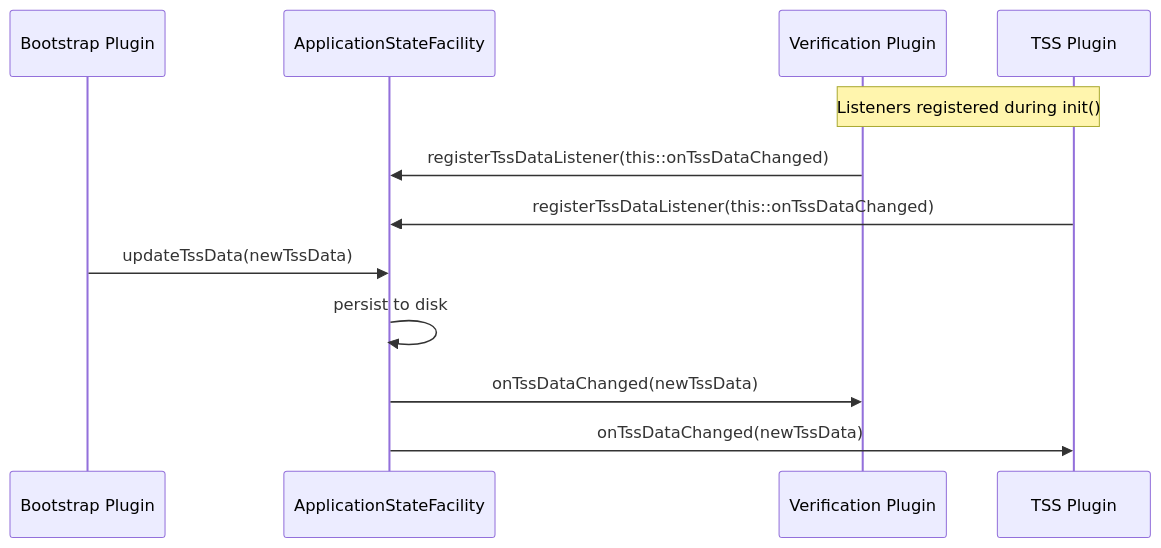
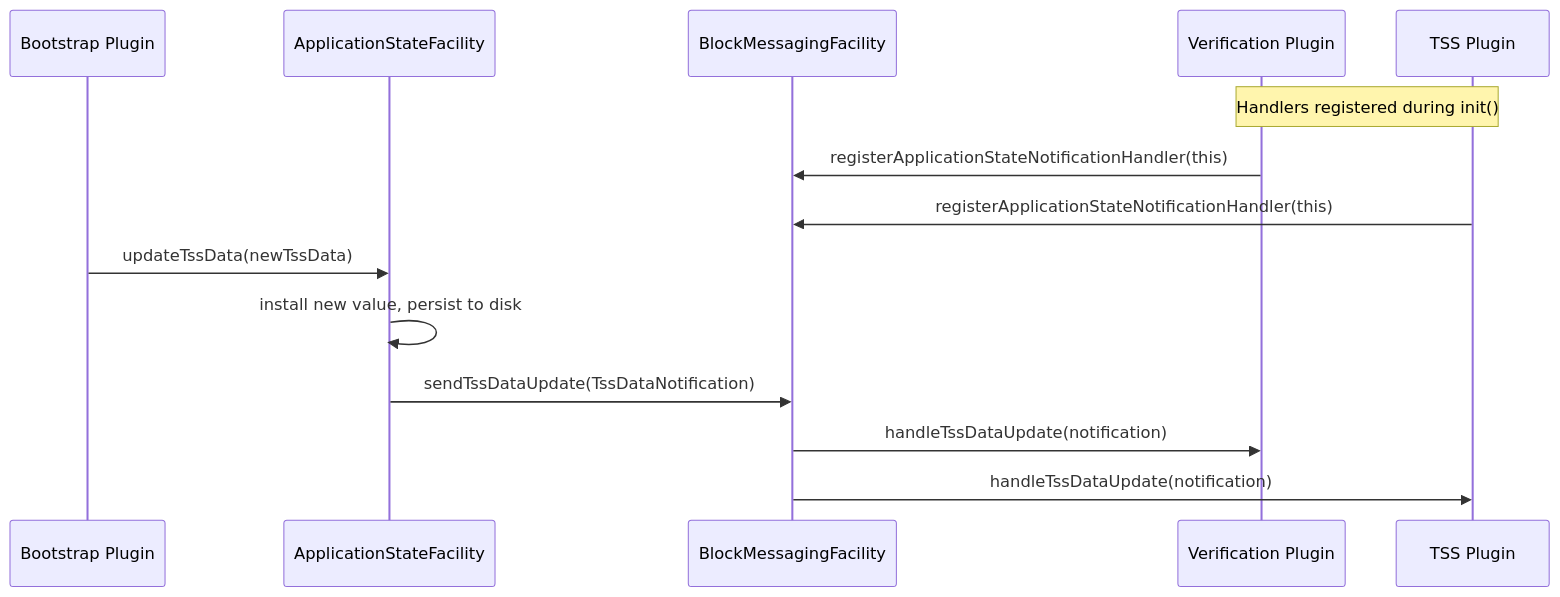
Before and after one commit to hiero-ledger/hiero-docs: the fourth of 4 diagrams in block-node/design/architecture/new-plugin-architecture.md, drawn with Mermaid. The commit also changed other lines of this file and 33 other files, not shown here.

````diff
--- a/block-node/design/architecture/new-plugin-architecture.md
+++ b/block-node/design/architecture/new-plugin-architecture.md
@@ -475,16 +482,18 @@
 ```mermaid
 sequenceDiagram
     participant B as Bootstrap Plugin
     participant ASF as ApplicationStateFacility
+    participant MSG as BlockMessagingFacility
     participant V as Verification Plugin
     participant T as TSS Plugin
 
-    Note over V,T: Listeners registered during init()
-    V->>ASF: registerTssDataListener(this::onTssDataChanged)
-    T->>ASF: registerTssDataListener(this::onTssDataChanged)
+    Note over V,T: Handlers registered during init()
+    V->>MSG: registerApplicationStateNotificationHandler(this)
+    T->>MSG: registerApplicationStateNotificationHandler(this)
 
     B->>ASF: updateTssData(newTssData)
-    ASF->>ASF: persist to disk
-    ASF->>V: onTssDataChanged(newTssData)
-    ASF->>T: onTssDataChanged(newTssData)
+    ASF->>ASF: install new value, persist to disk
+    ASF->>MSG: sendTssDataUpdate(TssDataNotification)
+    MSG->>V: handleTssDataUpdate(notification)
+    MSG->>T: handleTssDataUpdate(notification)
 ```
````
